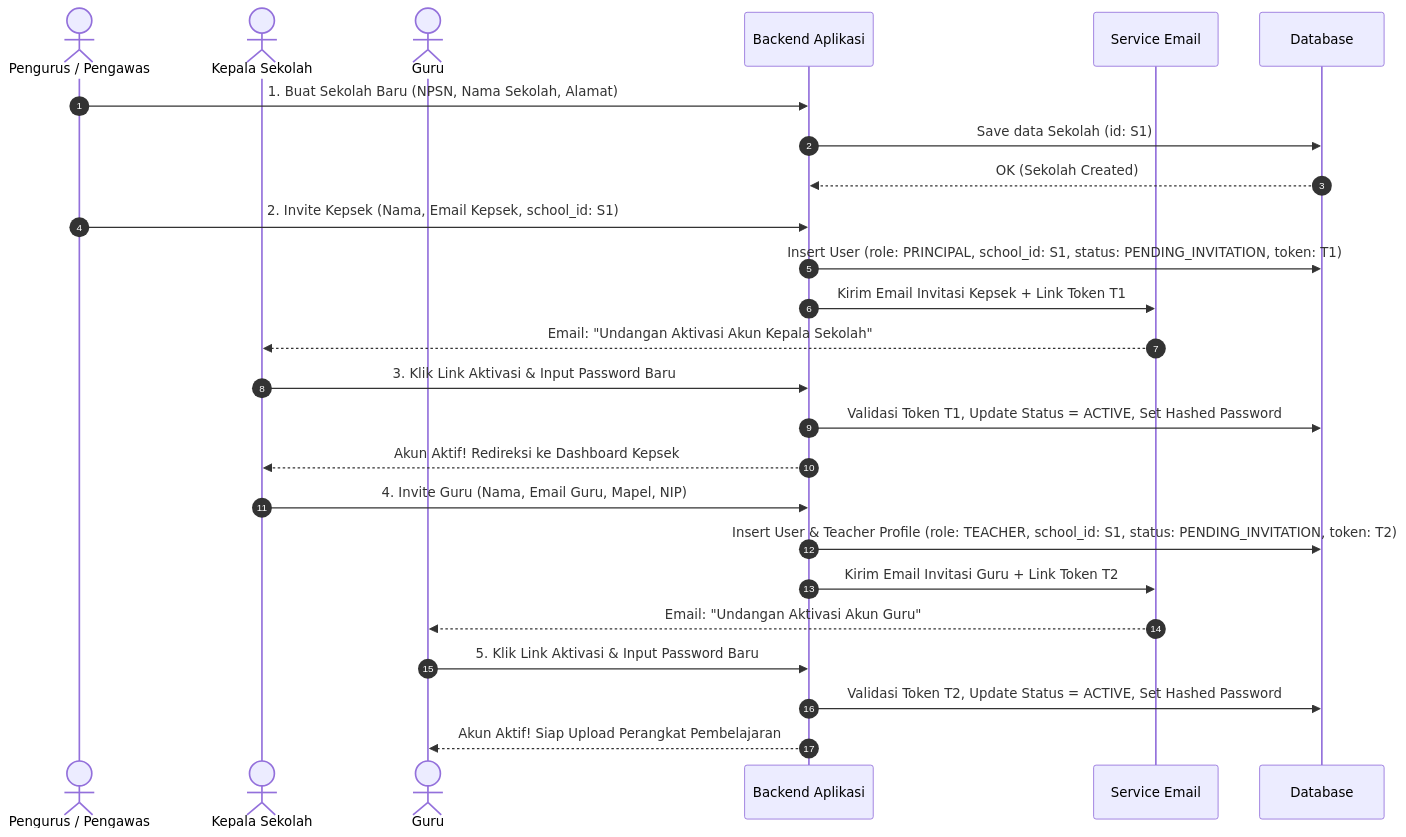
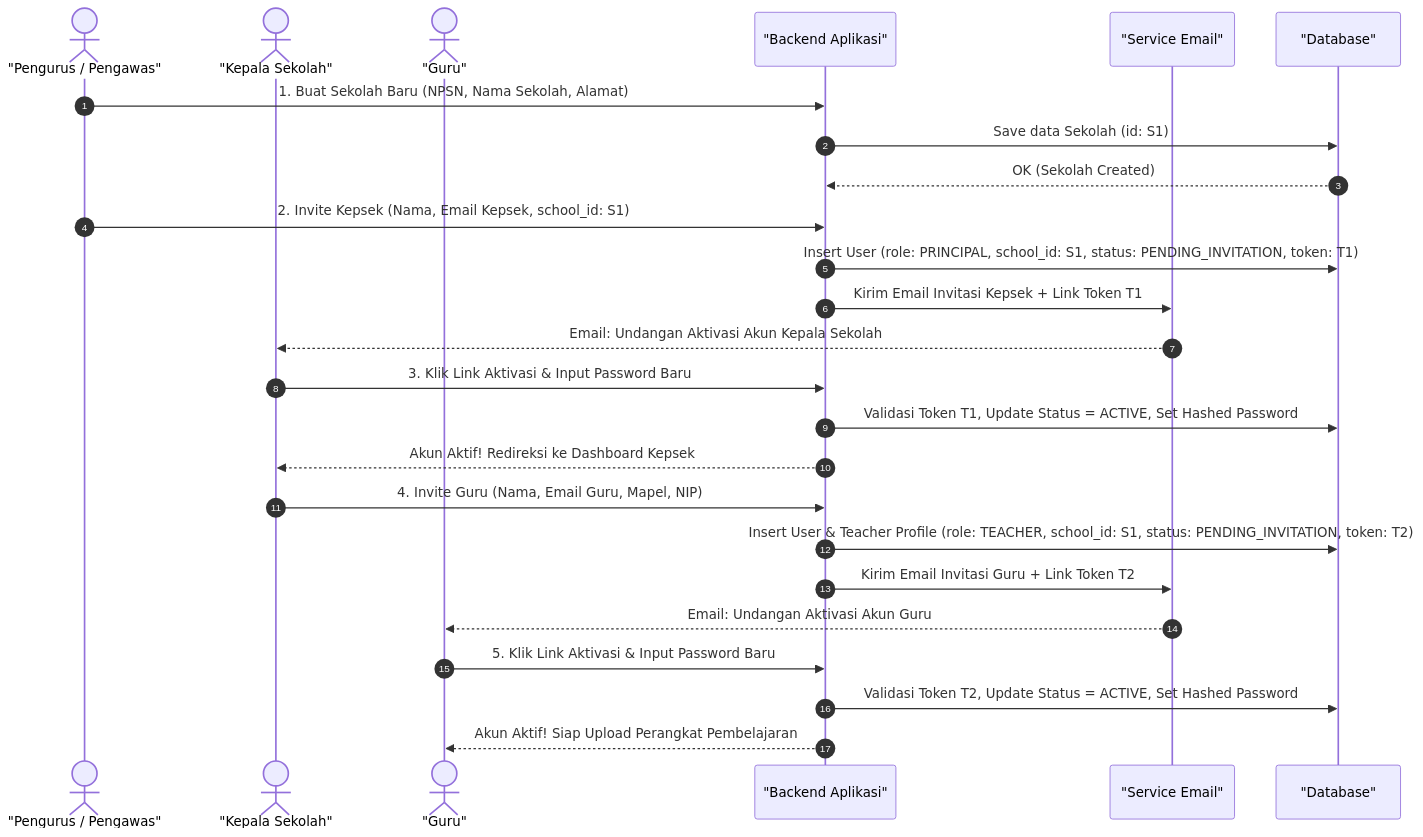
One commit to Hnzsama/supervisi_sekolah changed the second of 3 diagrams in docs/13-alur-pendaftaran-dan-invitasi-user.md. Above: the diagram before and after it, drawn with Mermaid. The commit also changed other lines of this file and 3 other files, not shown here.

Commit message:
fix(docs): perbaiki sintaks diagram Mermaid pada dokumen 01, 06, dan 13

````diff
--- a/docs/13-alur-pendaftaran-dan-invitasi-user.md
+++ b/docs/13-alur-pendaftaran-dan-invitasi-user.md
@@ -70,37 +70,37 @@
 ```mermaid
 sequenceDiagram
     autonumber
-    actor P as Pengurus / Pengawas
-    actor KS as Kepala Sekolah
-    actor G as Guru
-    participant APP as Backend Aplikasi
-    participant MAIL as Service Email
-    participant DB as Database
+    actor P as "Pengurus / Pengawas"
+    actor KS as "Kepala Sekolah"
+    actor G as "Guru"
+    participant APP as "Backend Aplikasi"
+    participant MAIL as "Service Email"
+    participant DB as "Database"
 
     %% Step 1: Pengurus Buat Sekolah
     P->>APP: 1. Buat Sekolah Baru (NPSN, Nama Sekolah, Alamat)
     APP->>DB: Save data Sekolah (id: S1)
     DB-->>APP: OK (Sekolah Created)
 
     %% Step 2: Pengurus Invite Kepsek
     P->>APP: 2. Invite Kepsek (Nama, Email Kepsek, school_id: S1)
     APP->>DB: Insert User (role: PRINCIPAL, school_id: S1, status: PENDING_INVITATION, token: T1)
     APP->>MAIL: Kirim Email Invitasi Kepsek + Link Token T1
-    MAIL-->>KS: Email: "Undangan Aktivasi Akun Kepala Sekolah"
+    MAIL-->>KS: Email: Undangan Aktivasi Akun Kepala Sekolah
     
     %% Step 3: Kepsek Aktivasi Akun
     KS->>APP: 3. Klik Link Aktivasi & Input Password Baru
     APP->>DB: Validasi Token T1, Update Status = ACTIVE, Set Hashed Password
     APP-->>KS: Akun Aktif! Redireksi ke Dashboard Kepsek
 
     %% Step 4: Kepsek Invite Guru
     KS->>APP: 4. Invite Guru (Nama, Email Guru, Mapel, NIP)
     APP->>DB: Insert User & Teacher Profile (role: TEACHER, school_id: S1, status: PENDING_INVITATION, token: T2)
     APP->>MAIL: Kirim Email Invitasi Guru + Link Token T2
-    MAIL-->>G: Email: "Undangan Aktivasi Akun Guru"
+    MAIL-->>G: Email: Undangan Aktivasi Akun Guru
 
     %% Step 5: Guru Aktivasi Akun
     G->>APP: 5. Klik Link Aktivasi & Input Password Baru
     APP->>DB: Validasi Token T2, Update Status = ACTIVE, Set Hashed Password
     APP-->>G: Akun Aktif! Siap Upload Perangkat Pembelajaran
 ```
````
